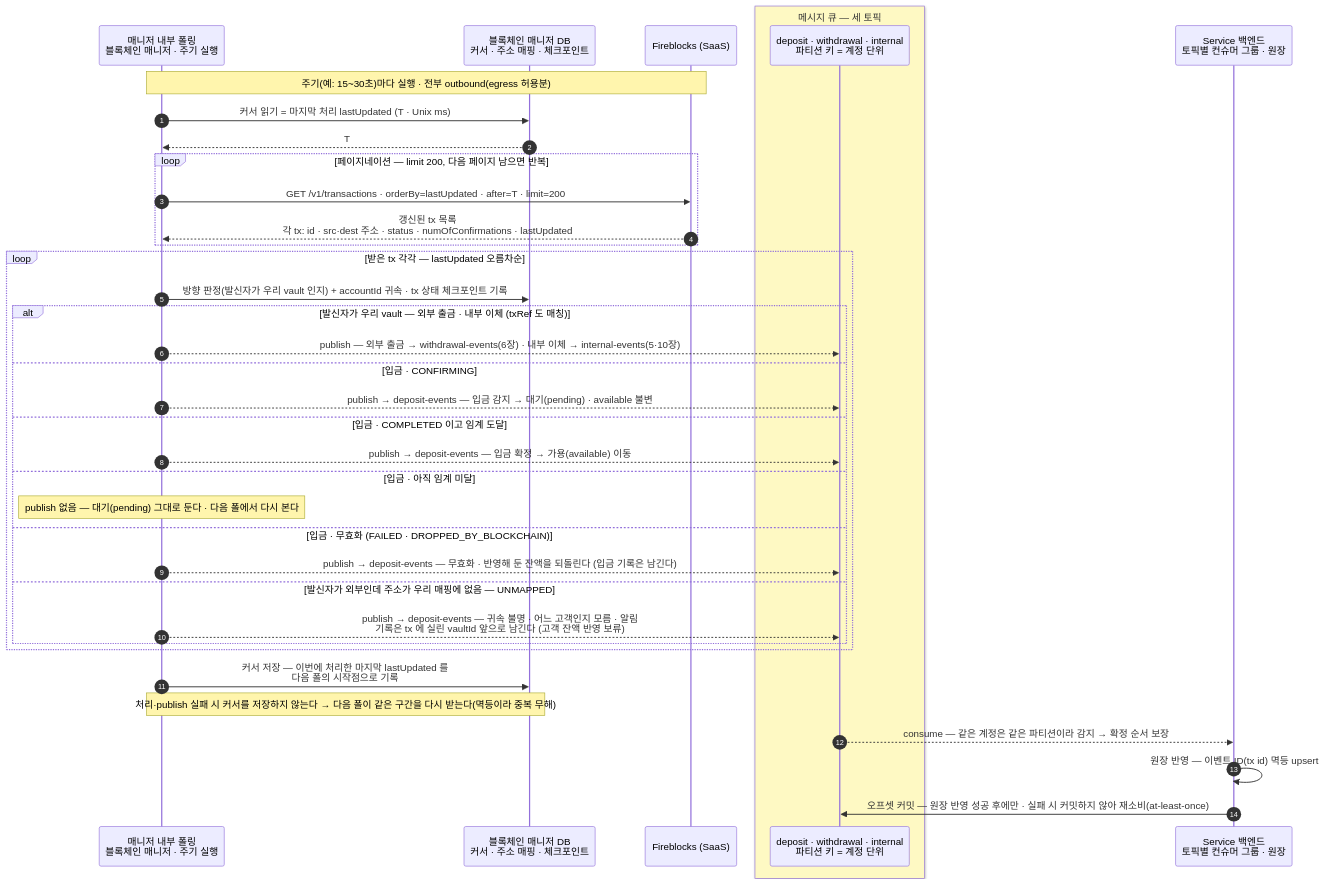
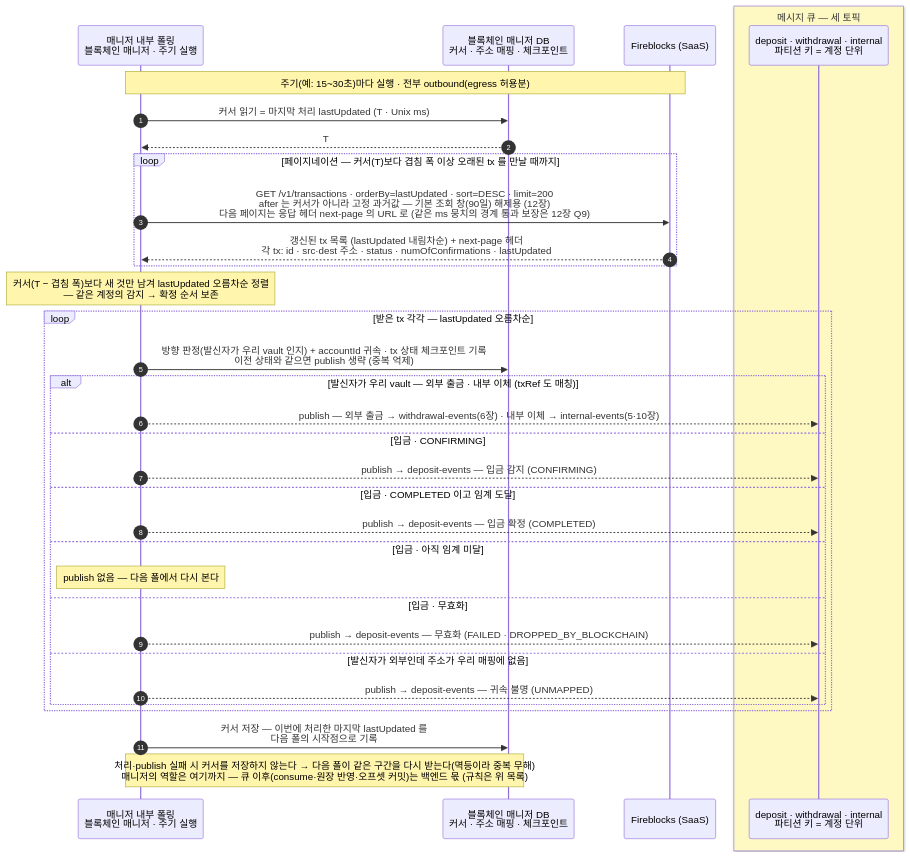
Before and after one commit to eunsujeo/eunpus: the first of 2 diagrams in blockchain-manager/docs/블록체인매니저/설계/04-detect-confirm.md, drawn with Mermaid. The commit also changed other lines of this file and 8 other files, not shown here.

````diff
--- a/blockchain-manager/docs/블록체인매니저/설계/04-detect-confirm.md
+++ b/blockchain-manager/docs/블록체인매니저/설계/04-detect-confirm.md
@@ -78,44 +77,40 @@
 ```mermaid
 sequenceDiagram
     autonumber
     participant SUB as 매니저 내부 폴링<br/>블록체인 매니저 · 주기 실행
     participant MDB as 블록체인 매니저 DB<br/>커서 · 주소 매핑 · 체크포인트
     participant FB as Fireblocks (SaaS)
     box rgb(254,249,195) 메시지 큐 — 세 토픽
     participant MQ as deposit · withdrawal · internal<br/>파티션 키 = 계정 단위
     end
-    participant BE as Service 백엔드<br/>토픽별 컨슈머 그룹 · 원장
 
     Note over SUB,FB: 주기(예: 15~30초)마다 실행 · 전부 outbound(egress 허용분)
     SUB->>MDB: 커서 읽기 = 마지막 처리 lastUpdated (T · Unix ms)
     MDB-->>SUB: T
 
-    loop 페이지네이션 — limit 200, 다음 페이지 남으면 반복
-        SUB->>FB: GET /v1/transactions · orderBy=lastUpdated · after=T · limit=200
-        FB-->>SUB: 갱신된 tx 목록<br/>각 tx: id · src·dest 주소 · status · numOfConfirmations · lastUpdated
+    loop 페이지네이션 — 커서(T)보다 겹침 폭 이상 오래된 tx 를 만날 때까지
+        SUB->>FB: GET /v1/transactions · orderBy=lastUpdated · sort=DESC · limit=200<br/>after 는 커서가 아니라 고정 과거값 — 기본 조회 창(90일) 해제용 (12장)<br/>다음 페이지는 응답 헤더 next-page 의 URL 로 (같은 ms 뭉치의 경계 통과 보장은 12장 Q9)
+        FB-->>SUB: 갱신된 tx 목록 (lastUpdated 내림차순) + next-page 헤더<br/>각 tx: id · src·dest 주소 · status · numOfConfirmations · lastUpdated
     end
+    Note over SUB: 커서(T − 겹침 폭)보다 새 것만 남겨 lastUpdated 오름차순 정렬<br/>— 같은 계정의 감지 → 확정 순서 보존
 
     loop 받은 tx 각각 — lastUpdated 오름차순
-        SUB->>MDB: 방향 판정(발신자가 우리 vault 인지) + accountId 귀속 · tx 상태 체크포인트 기록
+        SUB->>MDB: 방향 판정(발신자가 우리 vault 인지) + accountId 귀속 · tx 상태 체크포인트 기록<br/>이전 상태와 같으면 publish 생략 (중복 억제)
         alt 발신자가 우리 vault — 외부 출금 · 내부 이체 (txRef 도 매칭)
             SUB-->>MQ: publish — 외부 출금 → withdrawal-events(6장) · 내부 이체 → internal-events(5·10장)
         else 입금 · CONFIRMING
-            SUB-->>MQ: publish → deposit-events — 입금 감지 → 대기(pending) · available 불변
+            SUB-->>MQ: publish → deposit-events — 입금 감지 (CONFIRMING)
         else 입금 · COMPLETED 이고 임계 도달
-            SUB-->>MQ: publish → deposit-events — 입금 확정 → 가용(available) 이동
+            SUB-->>MQ: publish → deposit-events — 입금 확정 (COMPLETED)
         else 입금 · 아직 임계 미달
-            Note over SUB: publish 없음 — 대기(pending) 그대로 둔다 · 다음 폴에서 다시 본다
-        else 입금 · 무효화 (FAILED · DROPPED_BY_BLOCKCHAIN)
-            SUB-->>MQ: publish → deposit-events — 무효화 · 반영해 둔 잔액을 되돌린다 (입금 기록은 남긴다)
-        else 발신자가 외부인데 주소가 우리 매핑에 없음 — UNMAPPED
-            SUB-->>MQ: publish → deposit-events — 귀속 불명 · 어느 고객인지 모름 · 알림<br/>기록은 tx 에 실린 vaultId 앞으로 남긴다 (고객 잔액 반영 보류)
+            Note over SUB: publish 없음 — 다음 폴에서 다시 본다
+        else 입금 · 무효화
+            SUB-->>MQ: publish → deposit-events — 무효화 (FAILED · DROPPED_BY_BLOCKCHAIN)
+        else 발신자가 외부인데 주소가 우리 매핑에 없음
+            SUB-->>MQ: publish → deposit-events — 귀속 불명 (UNMAPPED)
         end
     end
 
     SUB->>MDB: 커서 저장 — 이번에 처리한 마지막 lastUpdated 를<br/>다음 폴의 시작점으로 기록
-    Note over SUB,MDB: 처리·publish 실패 시 커서를 저장하지 않는다 → 다음 폴이 같은 구간을 다시 받는다(멱등이라 중복 무해)
-
-    MQ-->>BE: consume — 같은 계정은 같은 파티션이라 감지 → 확정 순서 보장
-    BE->>BE: 원장 반영 — 이벤트 ID(tx id) 멱등 upsert
-    BE->>MQ: 오프셋 커밋 — 원장 반영 성공 후에만 · 실패 시 커밋하지 않아 재소비(at-least-once)
+    Note over SUB,MDB: 처리·publish 실패 시 커서를 저장하지 않는다 → 다음 폴이 같은 구간을 다시 받는다(멱등이라 중복 무해)<br/>매니저의 역할은 여기까지 — 큐 이후(consume·원장 반영·오프셋 커밋)는 백엔드 몫 (규칙은 위 목록)
 ```
````
